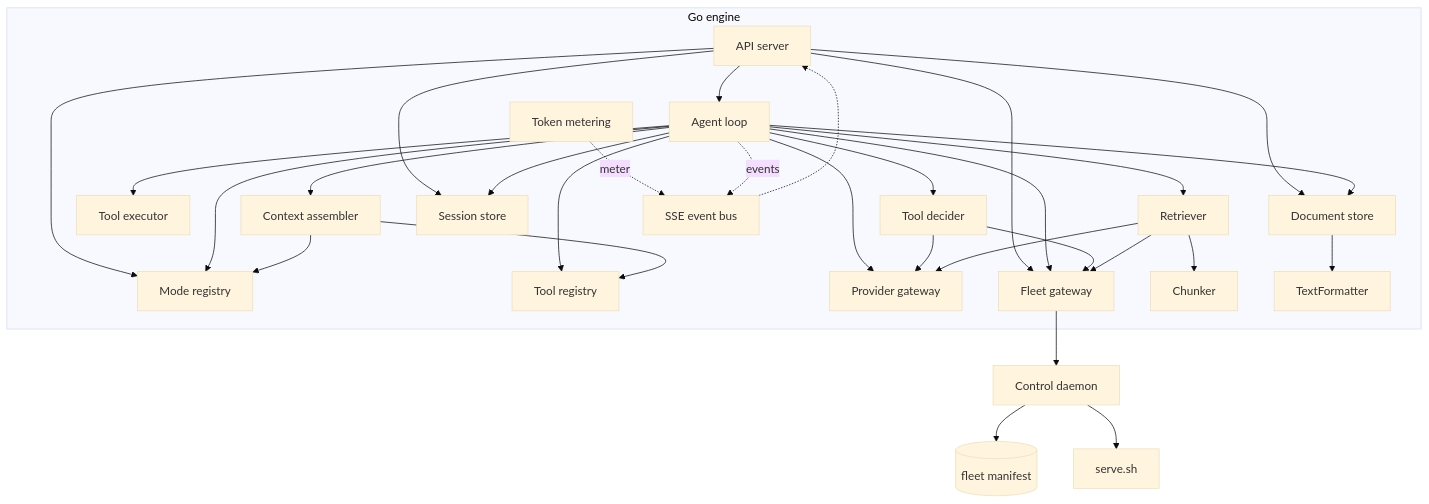
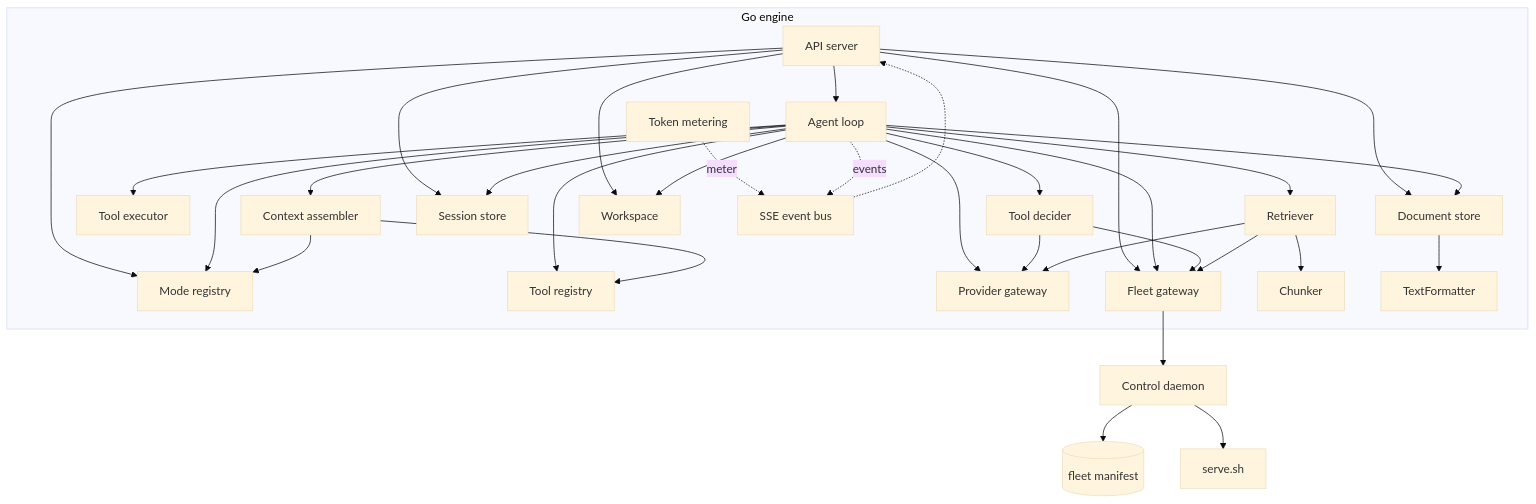
The third of 7 diagrams in docs/writing-assistant/architecture.md (Snorre98/texteditor), drawn with Mermaid (base theme) before and after one commit. The commit also changed other lines of this file and 25 other files, not shown here.

````diff
--- a/docs/writing-assistant/architecture.md
+++ b/docs/writing-assistant/architecture.md
@@ -134,54 +134,57 @@
 ```mermaid
 flowchart TB
     subgraph Engine[Go engine]
         API[API server]
         Loop[Agent loop]
         Assembler[Context assembler]
         Mode[Mode registry]
         ToolReg[Tool registry]
         ToolExec[Tool executor]
         Decider[Tool decider]
         Prov[Provider gateway]
         Fleet[Fleet gateway]
         Meter[Token metering]
         Ret[Retriever]
         Chunker[Chunker]
         TextFormatter[TextFormatter]
         Sess[Session store]
         Doc[Document store]
+        WS[Workspace]
         Bus[SSE event bus]
     end
     Daemon[Control daemon]
     Manifest[(fleet manifest)]
     Exec[serve.sh]
 
     API --> Loop
     API --> Doc
     API --> Mode
     API --> Fleet
     API --> Sess
     Loop --> Mode
     Loop --> ToolReg
     Loop --> ToolExec
     Loop --> Assembler
     Loop --> Prov
     Loop --> Fleet
     Loop --> Doc
     Loop --> Ret
     Loop --> Sess
     Loop --> Decider
     Decider --> Fleet
     Decider --> Prov
     Assembler --> Mode
     Assembler --> ToolReg
     Ret --> Fleet
     Ret --> Prov
     Ret --> Chunker
     Doc --> TextFormatter
+    API --> WS
+    Loop --> WS
     Fleet --> Daemon
     Daemon --> Manifest
     Daemon --> Exec
     Meter -.meter.-> Bus
     Loop -.events.-> Bus
     Bus -.-> API
 ```
````
